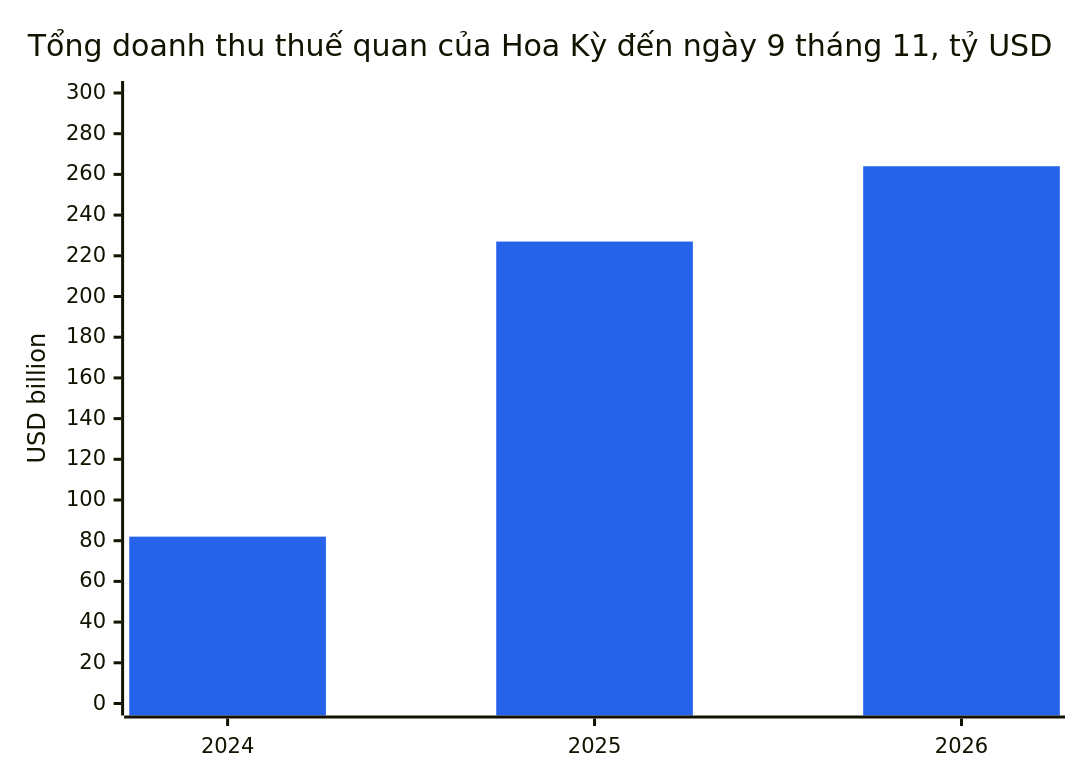
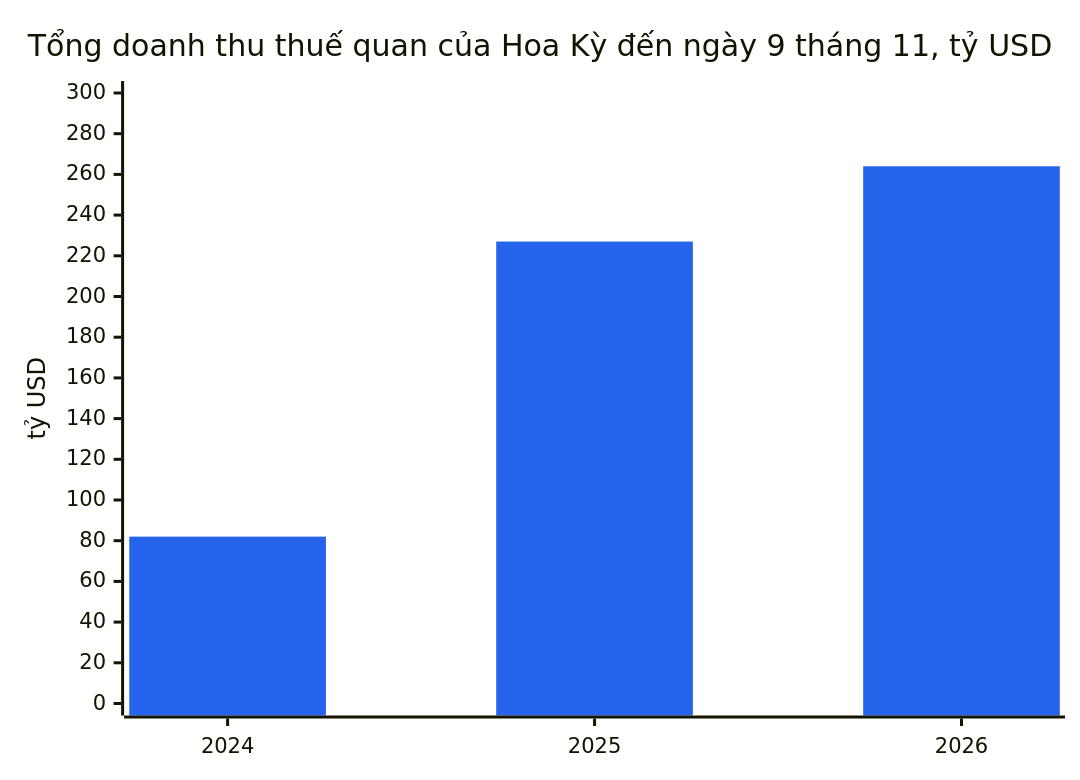
One commit to dureach/research changed the third of 13 diagrams in Global-Trade-Intelligence-weekly-2026-11-16/index.vi.md. Above: the diagram before and after it, drawn with Mermaid. The commit also changed other lines of this file and 5 other files, not shown here.

````diff
--- a/Global-Trade-Intelligence-weekly-2026-11-16/index.vi.md
+++ b/Global-Trade-Intelligence-weekly-2026-11-16/index.vi.md
@@ -248,8 +248,8 @@
 ```mermaid
 %%{init: {'theme': 'base', 'themeVariables': {'xyChart': {'plotColorPalette': '#2563eb'}}}}%%
 xychart-beta
     title "Tổng doanh thu thuế quan của Hoa Kỳ đến ngày 9 tháng 11, tỷ USD"
     x-axis ["2024", "2025", "2026"]
-    y-axis "USD billion" 0 --> 300
+    y-axis "tỷ USD" 0 --> 300
     bar [82, 227, 264]
 ```
````
